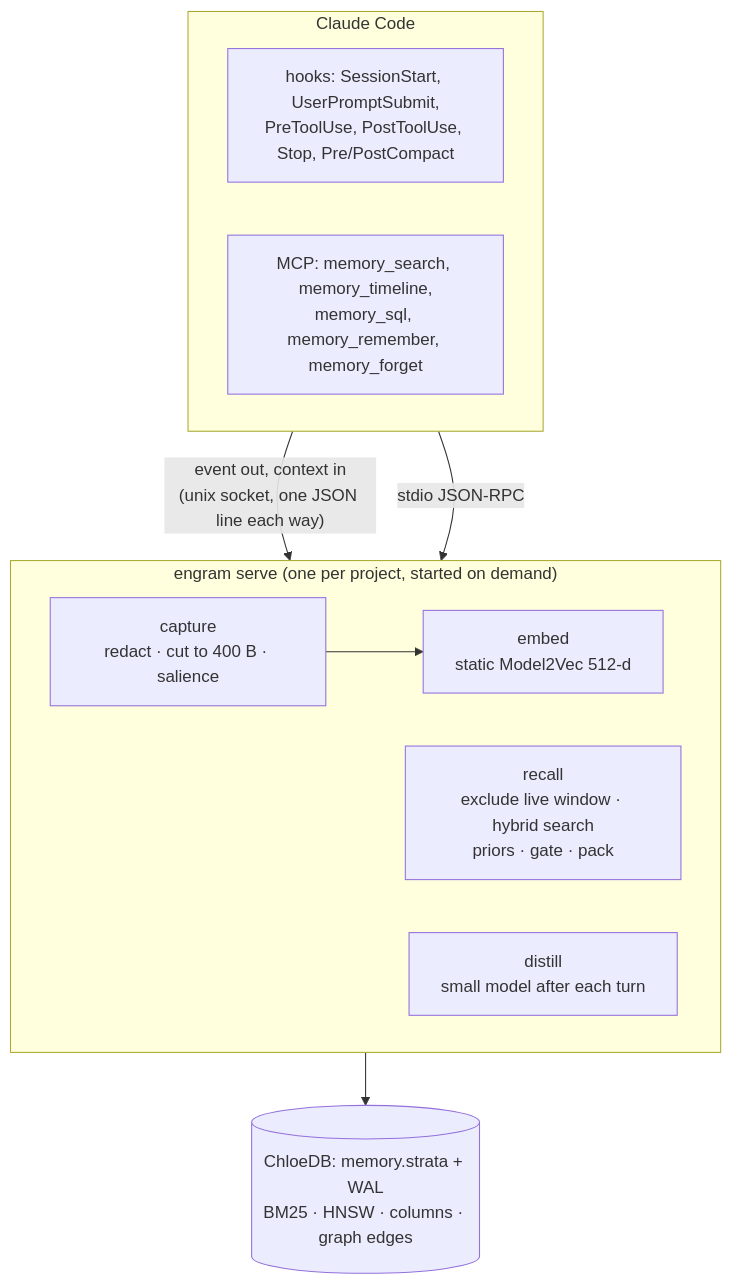
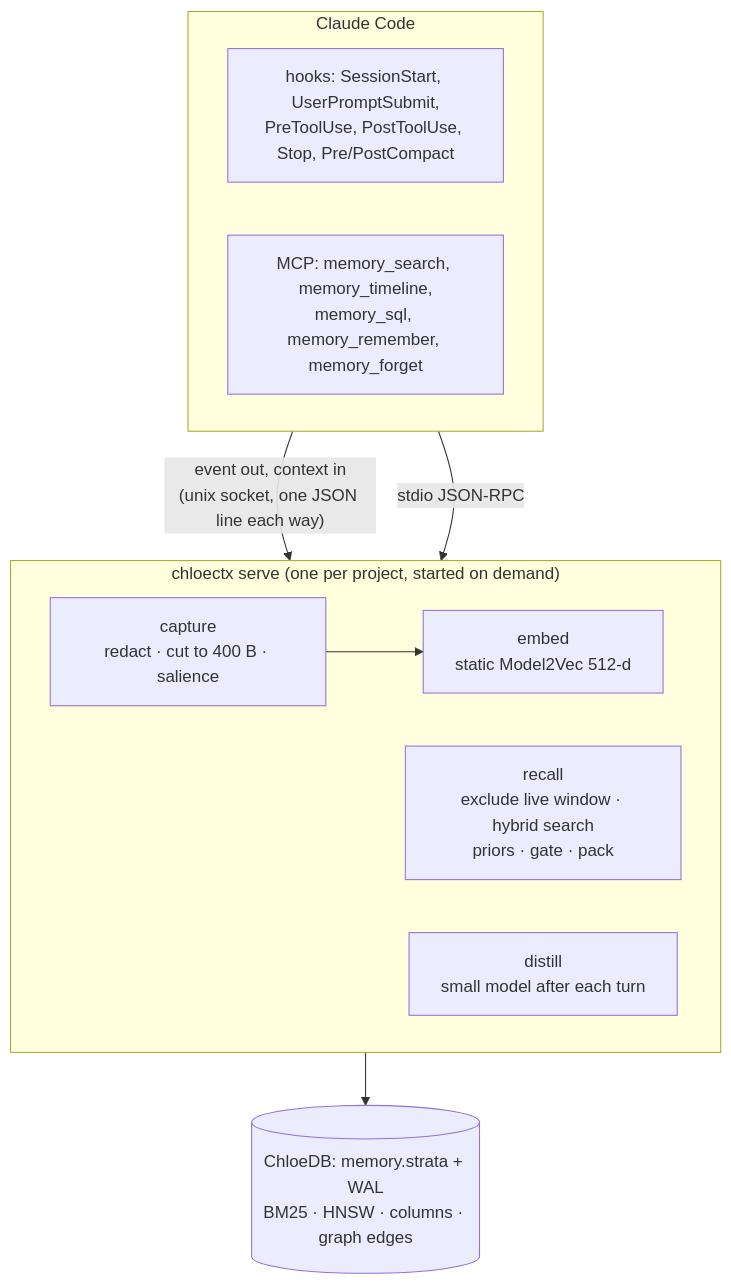
Before and after one commit to chloetech-ai/chloedb: the second of 2 diagrams in docs/README.md, drawn with Mermaid. The commit also changed other lines of this file and 1087 other files, not shown here.

````diff
--- a/docs/README.md
+++ b/docs/README.md
@@ -95,17 +95,17 @@
 ```mermaid
 flowchart TB
     subgraph agent["Claude Code"]
         direction LR
         hooks["hooks: SessionStart, UserPromptSubmit,<br/>PreToolUse, PostToolUse, Stop, Pre/PostCompact"]
         tools["MCP: memory_search, memory_timeline,<br/>memory_sql, memory_remember, memory_forget"]
     end
     hooks -- "event out, context in<br/>(unix socket, one JSON line each way)" --> daemon
     tools -- "stdio JSON-RPC" --> daemon
-    subgraph daemon["engram serve (one per project, started on demand)"]
+    subgraph daemon["chloectx serve (one per project, started on demand)"]
         direction LR
         cap["capture<br/>redact · cut to 400 B · salience"] --> emb["embed<br/>static Model2Vec 512-d"]
         rec["recall<br/>exclude live window · hybrid search<br/>priors · gate · pack"]
         dis["distill<br/>small model after each turn"]
     end
     daemon --> strata[("ChloeDB: memory.strata + WAL<br/>BM25 · HNSW · columns · graph edges")]
 ```
````
